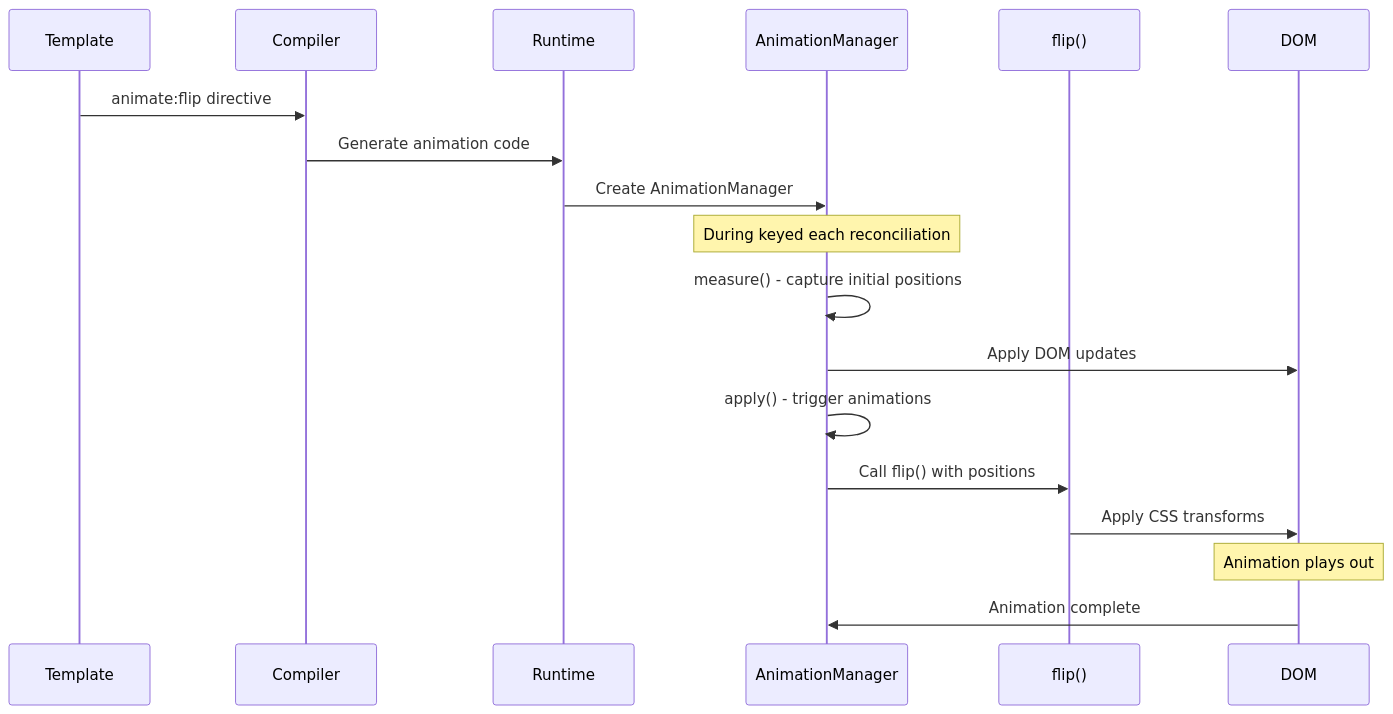
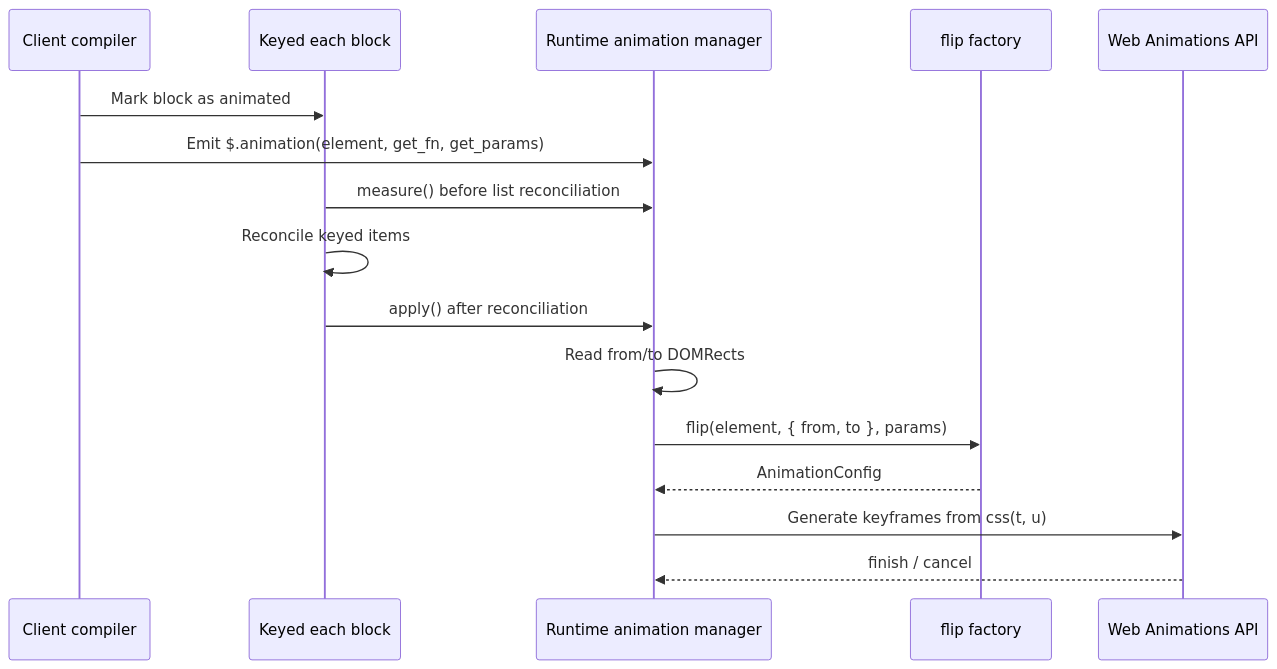
The second of 5 diagrams in docs/sveltejs--svelte-docs/animations.md (FSoft-AI4Code/codewiki-demo), drawn with Mermaid before and after one commit. The commit also changed other lines of this file and 1767 other files, not shown here.

````diff
--- a/docs/sveltejs--svelte-docs/animations.md
+++ b/docs/sveltejs--svelte-docs/animations.md
@@ -83,23 +57,19 @@
 ```mermaid
 sequenceDiagram
-    participant Template as Template
-    participant Compiler as Compiler
-    participant Runtime as Runtime
-    participant Manager as AnimationManager
-    participant Flip as flip()
-    participant DOM as DOM
-    
-    Template->>Compiler: animate:flip directive
-    Compiler->>Runtime: Generate animation code
-    Runtime->>Manager: Create AnimationManager
-    
-    Note over Manager: During keyed each reconciliation
-    Manager->>Manager: measure() - capture initial positions
-    Manager->>DOM: Apply DOM updates
-    Manager->>Manager: apply() - trigger animations
-    Manager->>Flip: Call flip() with positions
-    Flip->>DOM: Apply CSS transforms
-    
-    Note over DOM: Animation plays out
-    DOM->>Manager: Animation complete
+    participant Compiler as Client compiler
+    participant Each as Keyed each block
+    participant Manager as Runtime animation manager
+    participant Factory as flip factory
+    participant Browser as Web Animations API
+
+    Compiler->>Each: Mark block as animated
+    Compiler->>Manager: Emit $.animation(element, get_fn, get_params)
+    Each->>Manager: measure() before list reconciliation
+    Each->>Each: Reconcile keyed items
+    Each->>Manager: apply() after reconciliation
+    Manager->>Manager: Read from/to DOMRects
+    Manager->>Factory: flip(element, { from, to }, params)
+    Factory-->>Manager: AnimationConfig
+    Manager->>Browser: Generate keyframes from css(t, u)
+    Browser-->>Manager: finish / cancel
 ```
````
